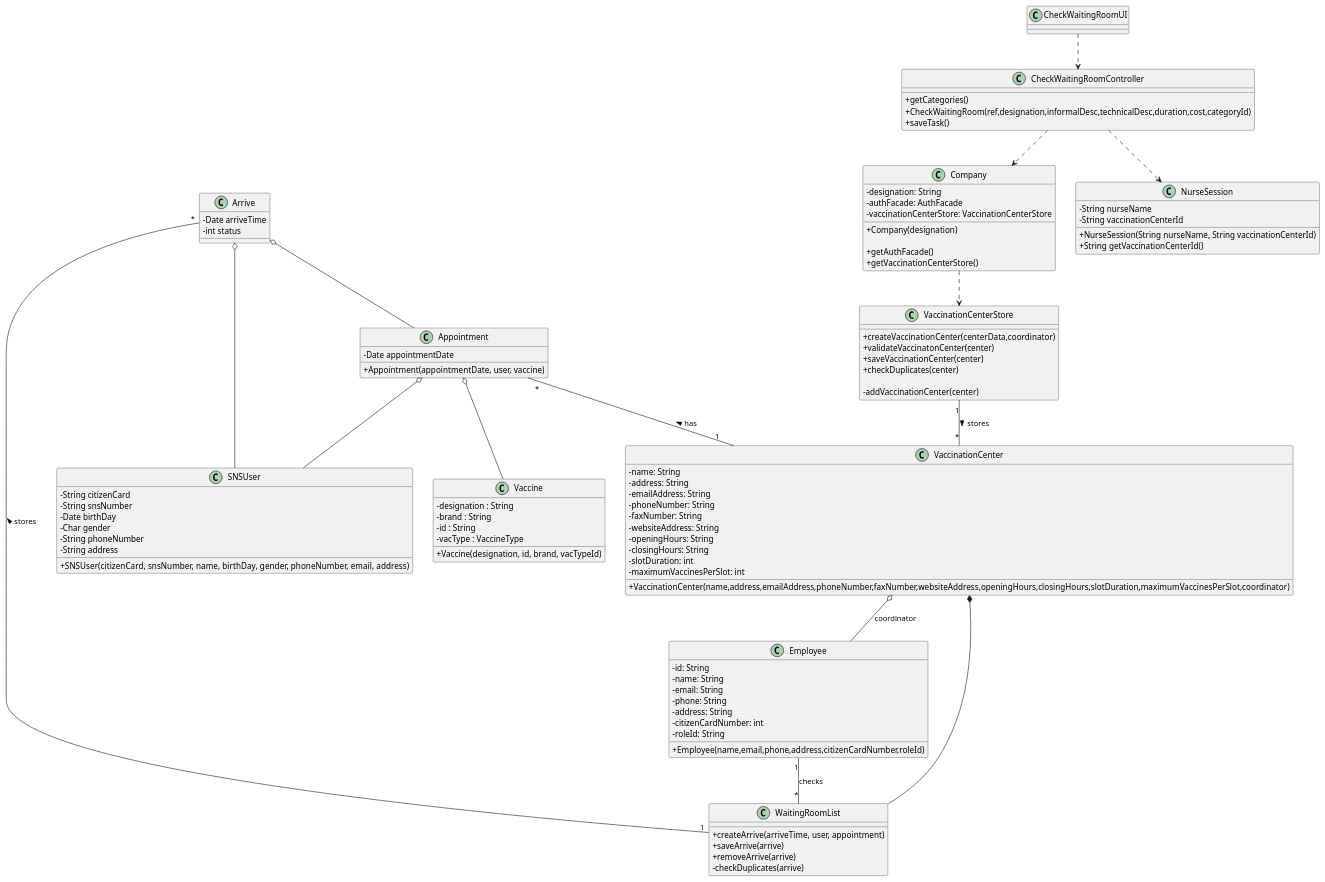
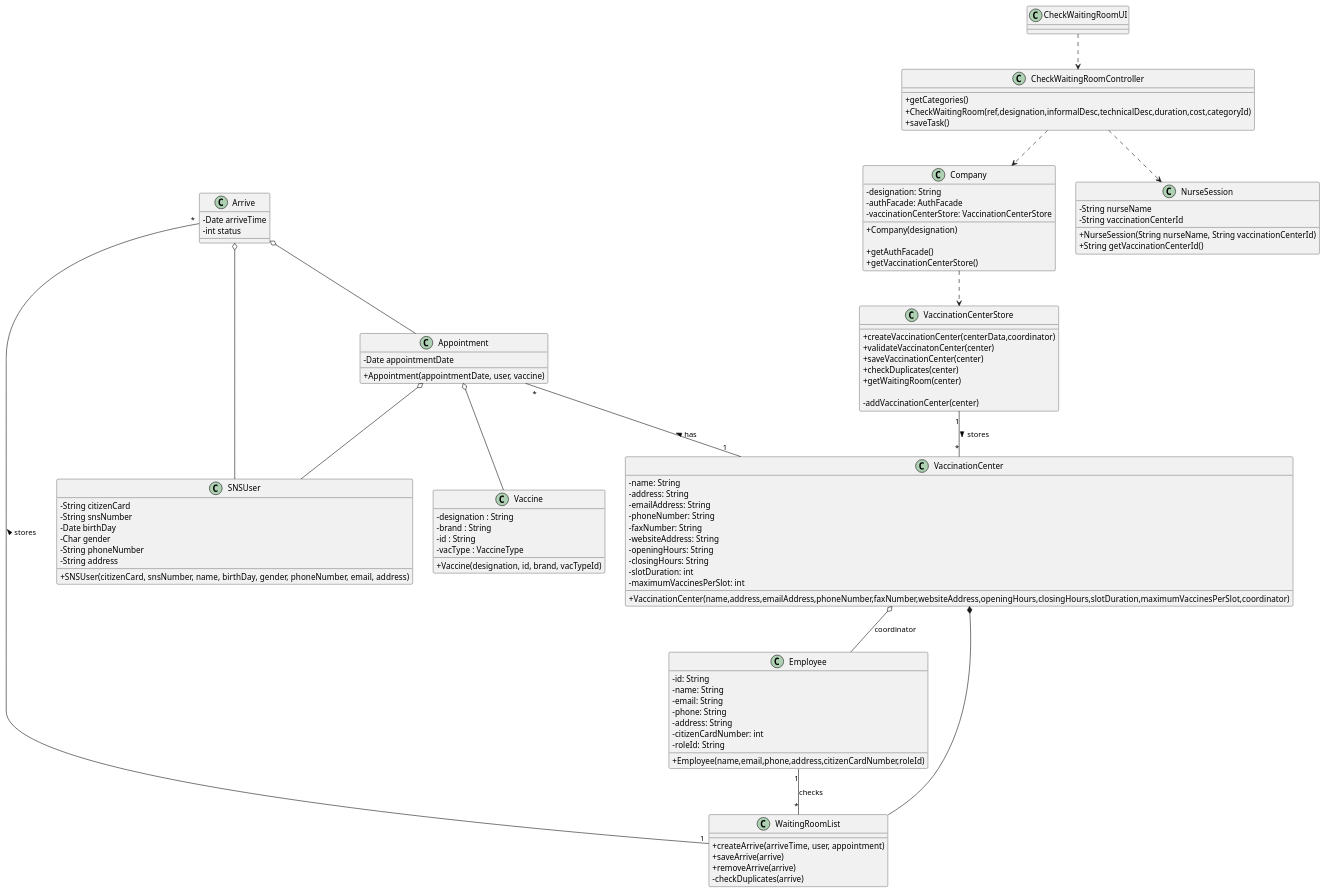
One commit to miseEnPlace-i/lapr2 changed the diagram in docs/SprintC/US05/CD/US05_CD.puml. Above: the diagram before and after it, drawn with PlantUML. The commit also changed 5 other files, not shown here.

```diff
--- a/docs/SprintC/US05/CD/US05_CD.puml
+++ b/docs/SprintC/US05/CD/US05_CD.puml
@@ -1,126 +1,127 @@
 @startuml
 skinparam classAttributeIconSize 0
 
 class Arrive {
   - Date arriveTime
   - int status
 }
 
 class NurseSession {
   - String nurseName
   - String vaccinationCenterId
 
   + NurseSession(String nurseName, String vaccinationCenterId)
   + String getVaccinationCenterId()
 }
 
 class Company {
   -designation: String
   -authFacade: AuthFacade
   -vaccinationCenterStore: VaccinationCenterStore
   
   +Company(designation)
 
   +getAuthFacade()
   +getVaccinationCenterStore()
 }
 
 class CheckWaitingRoomController {
   +getCategories()
   +CheckWaitingRoom(ref,designation,informalDesc,technicalDesc,duration,cost,categoryId)
   +saveTask()
 }
 
 class CheckWaitingRoomUI {}
 
 class VaccinationCenter {
   - name: String
   - address: String
   - emailAddress: String
   - phoneNumber: String
   - faxNumber: String
   - websiteAddress: String
   - openingHours: String
   - closingHours: String
   - slotDuration: int
   - maximumVaccinesPerSlot: int
   
   +VaccinationCenter(name,address,emailAddress,phoneNumber,faxNumber,websiteAddress,openingHours,closingHours,slotDuration,maximumVaccinesPerSlot,coordinator)
 }
 
 class VaccinationCenterStore {
-+createVaccinationCenter(centerData,coordinator)
-+validateVaccinatonCenter(center)
-+saveVaccinationCenter(center)
-+checkDuplicates(center)
+  +createVaccinationCenter(centerData,coordinator)
+  +validateVaccinatonCenter(center)
+  +saveVaccinationCenter(center)
+  +checkDuplicates(center)
+  +getWaitingRoom(center)
 
--addVaccinationCenter(center)
+  -addVaccinationCenter(center)
 }
 
 class Employee {
   -id: String 
   -name: String 
   -email: String 
   -phone: String 
   -address: String 
   -citizenCardNumber: int 
   -roleId: String 
 
   +Employee(name,email,phone,address,citizenCardNumber,roleId)
 }
 
 class SNSUser {
   - String citizenCard
   - String snsNumber
   - Date birthDay
   - Char gender
   - String phoneNumber
   - String address
   + SNSUser(citizenCard, snsNumber, name, birthDay, gender, phoneNumber, email, address)
 }
 
 class WaitingRoomList {
   +createArrive(arriveTime, user, appointment)
   +saveArrive(arrive)
   +removeArrive(arrive)
   -checkDuplicates(arrive)
 }
 
 class Appointment {
   -Date appointmentDate
 
   +Appointment(appointmentDate, user, vaccine)
 }
 
 class Vaccine{
   -designation : String
   -brand : String
   -id : String
   -vacType : VaccineType
 
   +Vaccine(designation, id, brand, vacTypeId)
 }
 
 CheckWaitingRoomUI ..> CheckWaitingRoomController
 CheckWaitingRoomController ..> Company
 
 Arrive o-- SNSUser
 Arrive o-- Appointment
 Appointment o-- SNSUser
 
 VaccinationCenter o-- Employee : coordinator
 VaccinationCenterStore "1" -- "*" VaccinationCenter : stores >
 
 Company ..> VaccinationCenterStore
 
 WaitingRoomList "1" -- "*" Arrive : stores >
 
 Employee "1" -- "*" WaitingRoomList : checks
 VaccinationCenter *-- WaitingRoomList
 
 CheckWaitingRoomController ..> NurseSession
 
 Appointment "*" -- "1" VaccinationCenter : has <
 Appointment o-- Vaccine
 
 @enduml
```
